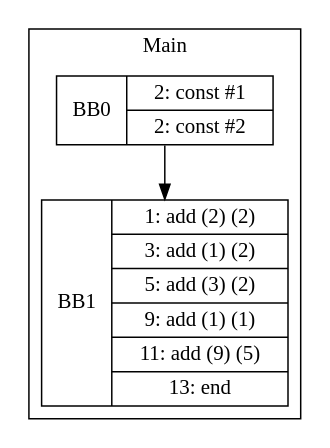
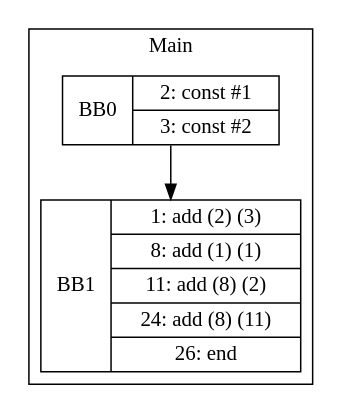
The diagram in visualization/Ricky/singleBlock/CSEOperandAgnostic.gv (zjc664656505/UCI-CS241-Advanced-Compiler-main), drawn with Graphviz before and after one commit. The commit also changed 62 other files, not shown here.

```diff
--- a/visualization/Ricky/singleBlock/CSEOperandAgnostic.gv
+++ b/visualization/Ricky/singleBlock/CSEOperandAgnostic.gv
@@ -1,9 +1,9 @@
 digraph G {
 node [shape=record];
 subgraph cluster_main{
 label = "Main";
-BB0 [shape=record, label="<b>BB0|{2: const #1|2: const #2}"];
-BB1 [shape=record, label="<b>BB1|{1: add (2) (2)|3: add (1) (2)|5: add (3) (2)|9: add (1) (1)|11: add (9) (5)|13: end}"];
+BB0 [shape=record, label="<b>BB0|{2: const #1|3: const #2}"];
+BB1 [shape=record, label="<b>BB1|{1: add (2) (3)|8: add (1) (1)|11: add (8) (2)|24: add (8) (11)|26: end}"];
 }
 BB0:s -> BB1:n ;
 }
```
